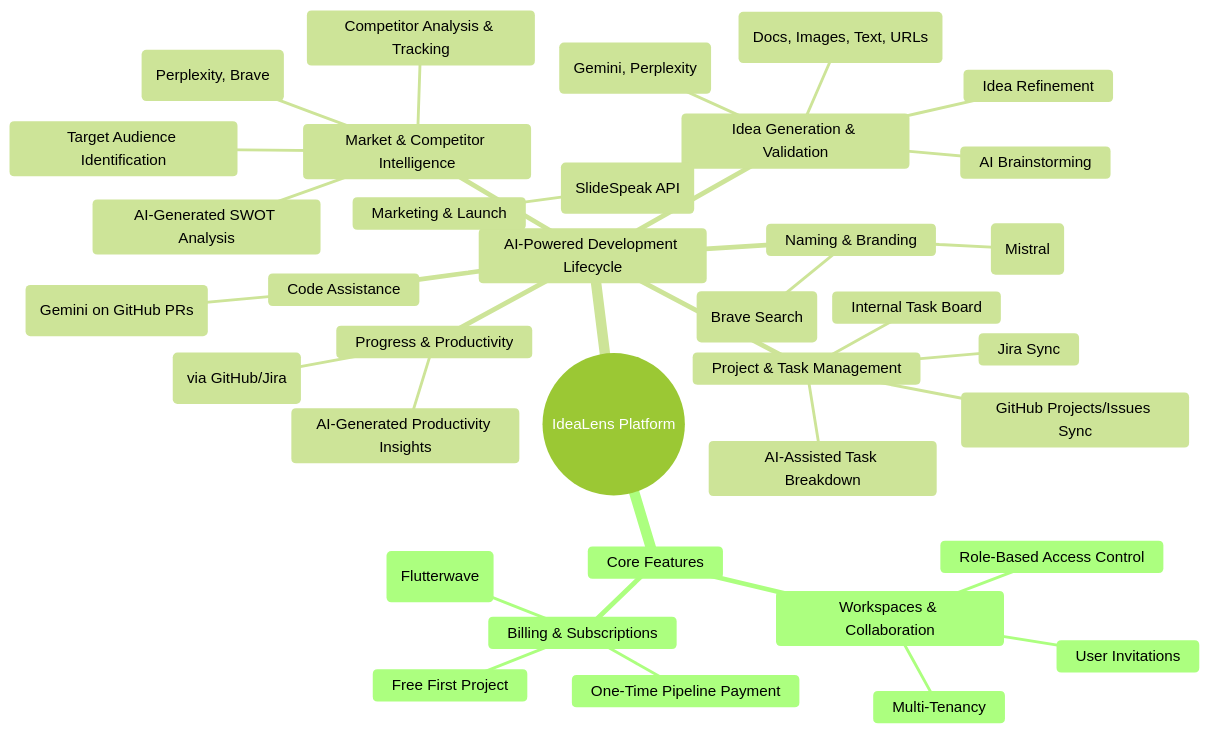
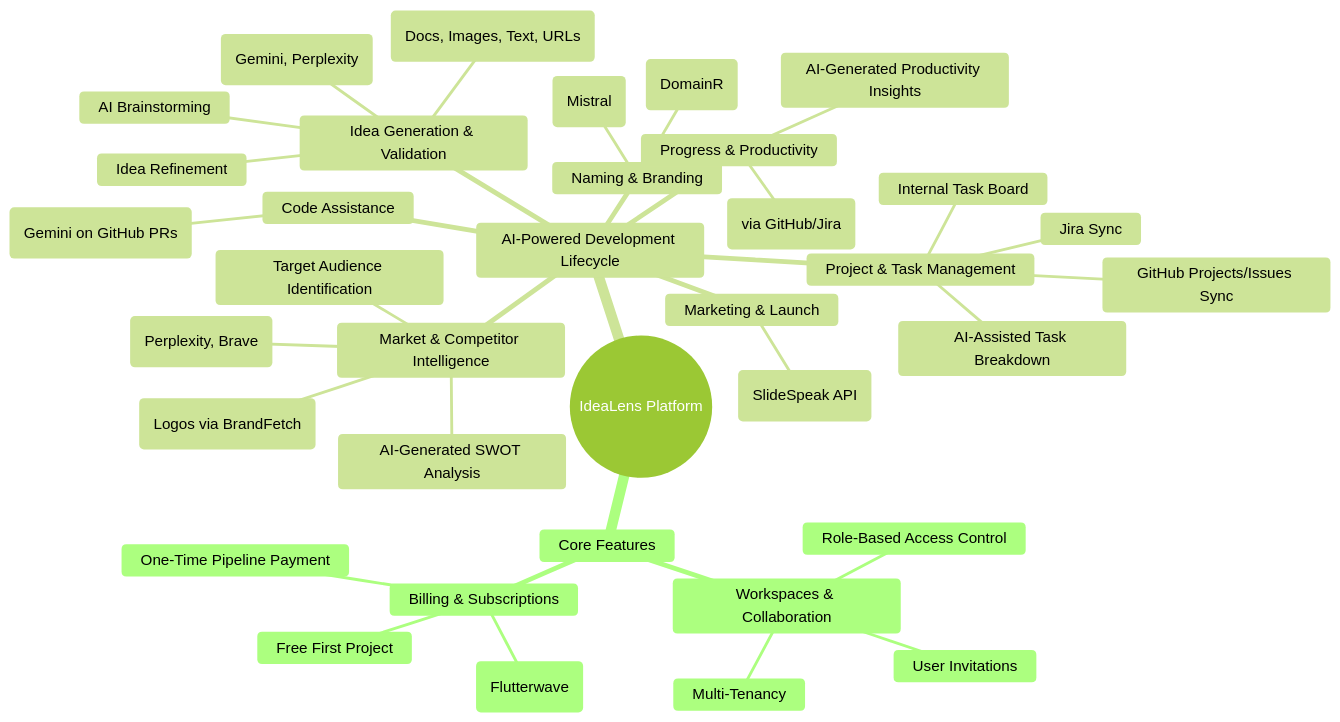
Before and after one commit to lowkey-dev21/Idea_lens-BE: the fifth of 7 diagrams in README.md, drawn with Mermaid (forest theme). The commit also changed other lines of this file, not shown here.

````diff
--- a/README.md
+++ b/README.md
@@ -258,39 +265,39 @@
 ```mermaid
 mindmap
   root((IdeaLens Platform))
     Core Features
       Workspaces & Collaboration
         Multi-Tenancy
         Role-Based Access Control
         User Invitations
       Billing & Subscriptions
         Free First Project
         One-Time Pipeline Payment
         Tiered Subscriptions (Flutterwave)
     AI-Powered Development Lifecycle
       Idea Generation & Validation
         AI Brainstorming
         Raw Data Input (Docs, Images, Text, URLs)
         Feasibility Analysis (Gemini, Perplexity)
         Idea Refinement
       Market & Competitor Intelligence
         Automated Market Research (Perplexity, Brave)
         Target Audience Identification
-        Competitor Analysis & Tracking
+        Competitor Analysis & Tracking (Logos via BrandFetch)
         AI-Generated SWOT Analysis
       Naming & Branding
         AI Name Generation (Mistral)
-        Domain Availability Check (Brave Search)
+        Domain Availability Check (DomainR)
       Project & Task Management
         AI-Assisted Task Breakdown
         Internal Task Board
         GitHub Projects/Issues Sync
         Jira Sync
       Code Assistance
         AI Code Review Summaries (Gemini on GitHub PRs)
       Progress & Productivity
         Automated Tracking (via GitHub/Jira)
         AI-Generated Productivity Insights
       Marketing & Launch
         Pitch Deck Generation (SlideSpeak API)
 ```
````
